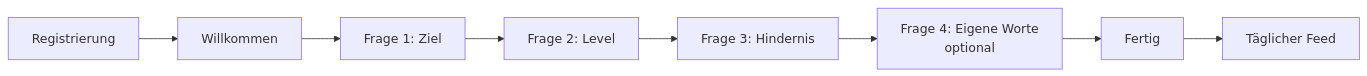
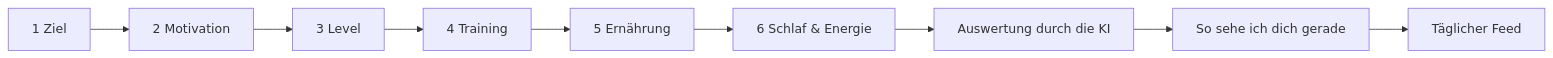
Before and after one commit to phillipzxk/App: the diagram in Umsetzung/Onboarding-Fragebogen.md, drawn with Mermaid. The commit also changed other lines of this file and 22 other files, not shown here.

````diff
--- a/Umsetzung/Onboarding-Fragebogen.md
+++ b/Umsetzung/Onboarding-Fragebogen.md
@@ -17,10 +26,5 @@
 ```mermaid
 flowchart LR
-    A[Registrierung] --> S0[Willkommen]
-    S0 --> F1[Frage 1: Ziel]
-    F1 --> F2[Frage 2: Level]
-    F2 --> F3[Frage 3: Hindernis]
-    F3 --> F4[Frage 4: Eigene Worte<br/>optional]
-    F4 --> E[Fertig]
-    E --> H[Täglicher Feed]
+    F1[1 Ziel] --> F2[2 Motivation] --> F3[3 Level] --> F4[4 Training] --> F5[5 Ernährung] --> F6[6 Schlaf & Energie]
+    F6 --> A[Auswertung durch die KI] --> Z[So sehe ich dich gerade] --> H[Täglicher Feed]
 ```
````
